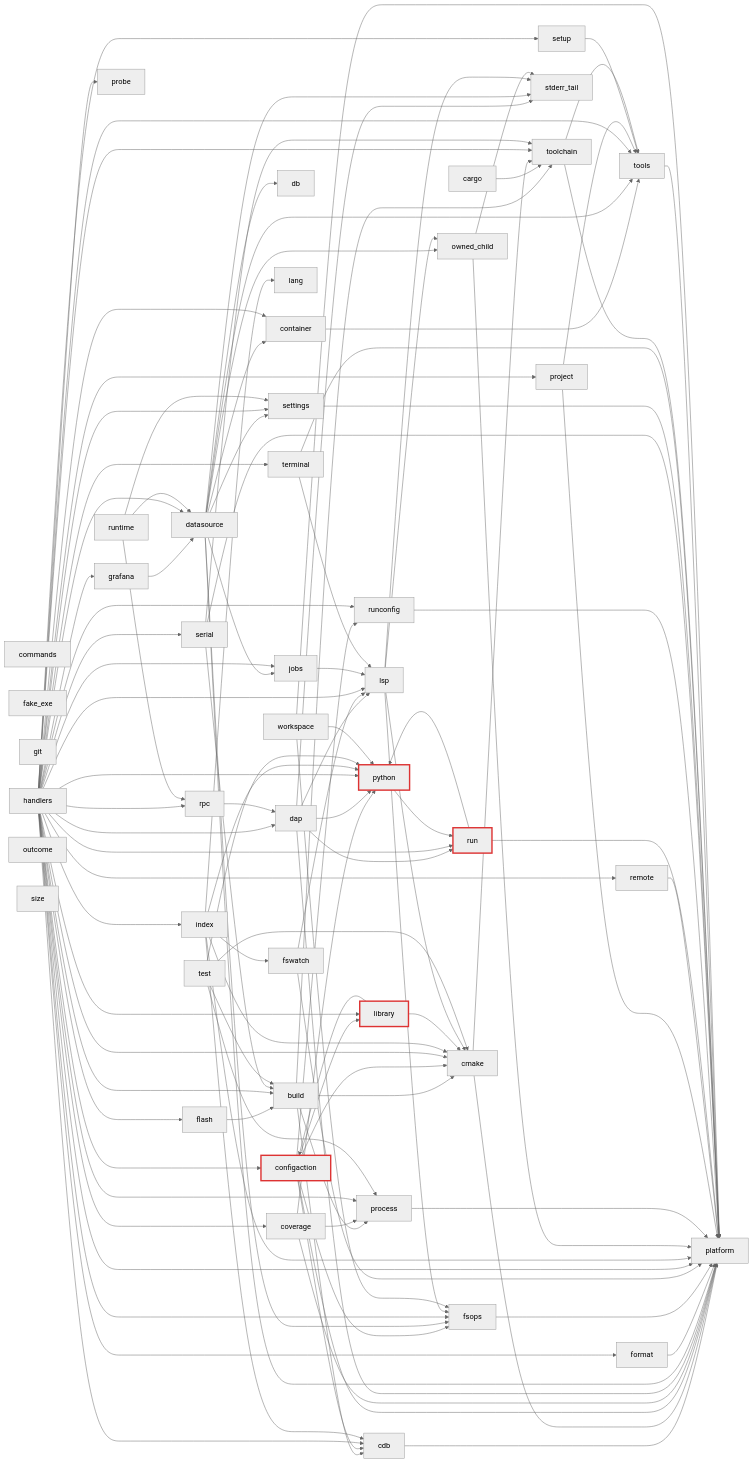
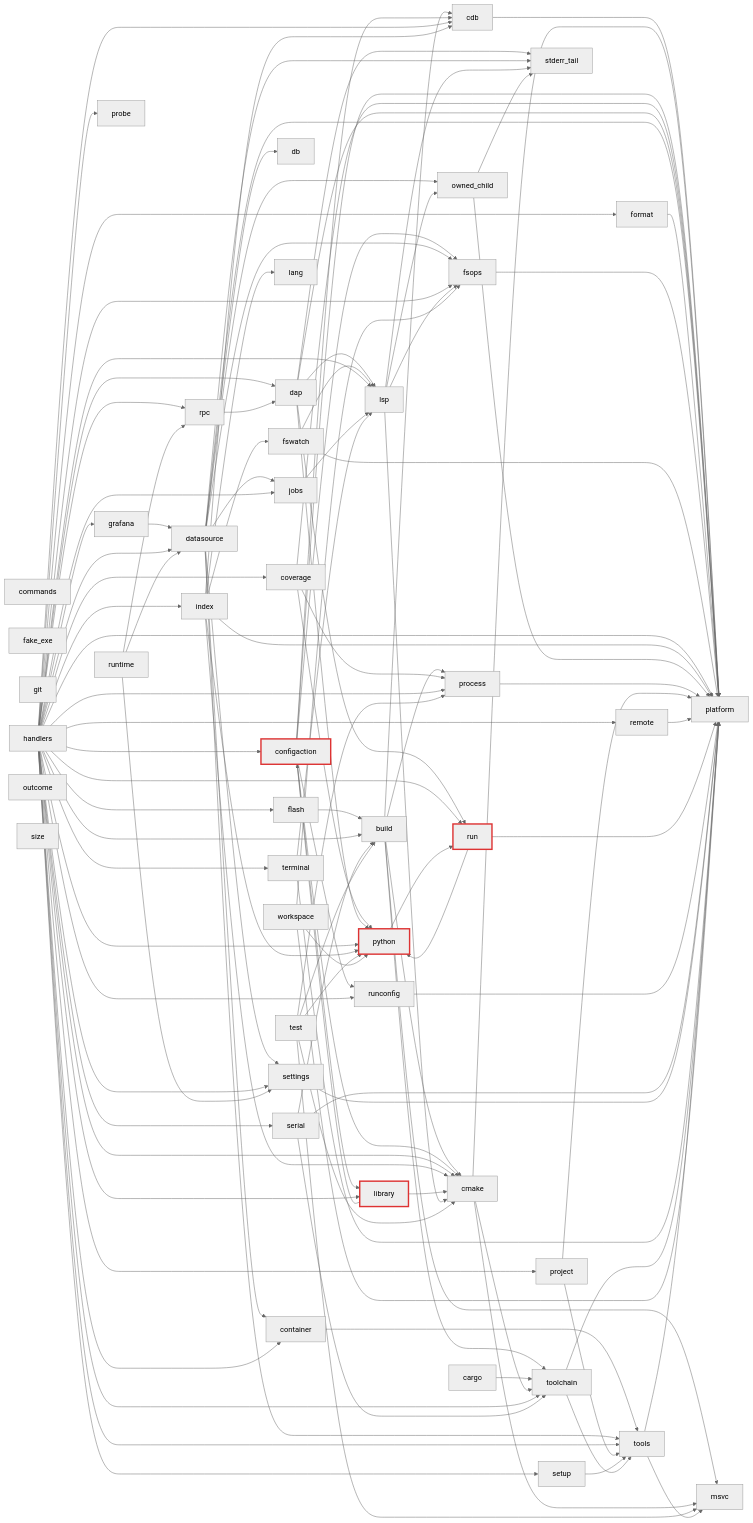
One commit to ViktorWalde/KineinVectis changed the third of 16 diagrams in DocsPublic/arquitetura/01-mapa-de-modulos.md. Above: the diagram before and after it, drawn with Mermaid (neutral theme). The commit also changed other lines of this file and 19 other files, not shown here.

```diff
--- a/DocsPublic/arquitetura/01-mapa-de-modulos.md
+++ b/DocsPublic/arquitetura/01-mapa-de-modulos.md
@@ -117,6 +117,7 @@
   n_core_lang[lang]
   n_core_library[library]:::cycle
   n_core_lsp[lsp]
+  n_core_msvc[msvc]
   n_core_outcome[outcome]
   n_core_owned_child[owned_child]
   n_core_platform[platform]
@@ -141,10 +142,12 @@
   n_core_workspace[workspace]
   n_core_build --> n_core_cdb
   n_core_build --> n_core_cmake
+  n_core_build --> n_core_msvc
   n_core_build --> n_core_process
   n_core_build --> n_core_toolchain
   n_core_cargo --> n_core_toolchain
   n_core_cdb --> n_core_platform
+  n_core_cmake --> n_core_msvc
   n_core_cmake --> n_core_platform
   n_core_cmake --> n_core_toolchain
   n_core_configaction --> n_core_cdb
@@ -244,10 +247,12 @@
   n_core_terminal --> n_core_platform
   n_core_test --> n_core_build
   n_core_test --> n_core_cmake
+  n_core_test --> n_core_msvc
   n_core_test --> n_core_process
   n_core_test --> n_core_python
   n_core_toolchain --> n_core_platform
   n_core_toolchain --> n_core_tools
+  n_core_tools --> n_core_msvc
   n_core_tools --> n_core_platform
   n_core_workspace --> n_core_fsops
   n_core_workspace --> n_core_platform
```
